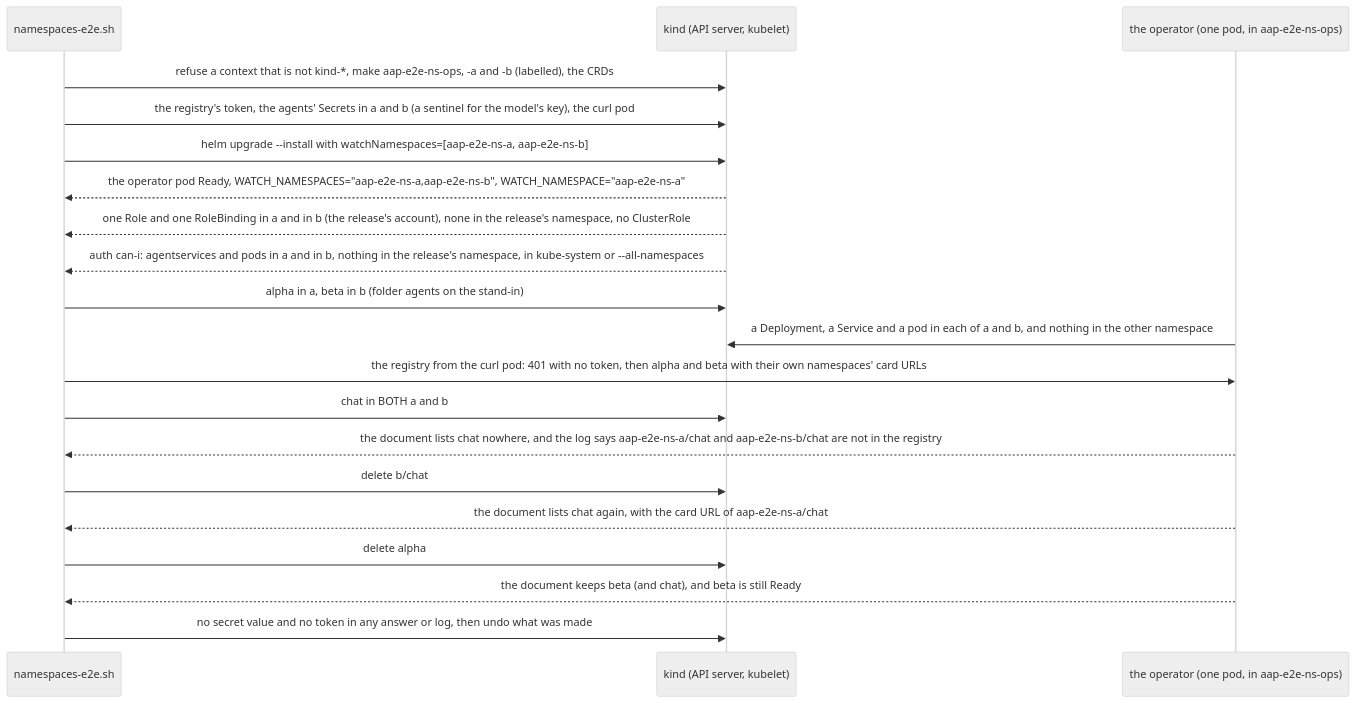
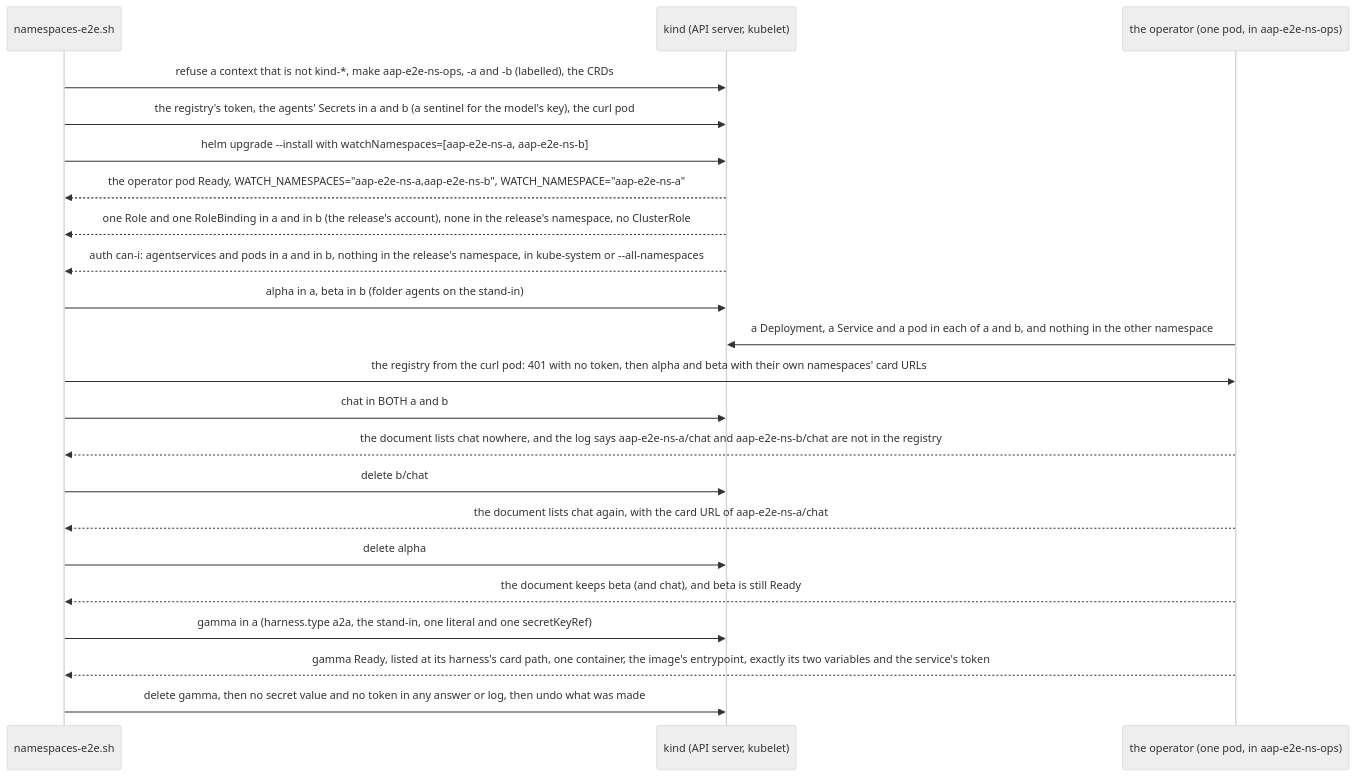
The ninth of 12 diagrams in deploy/operator/tests/e2e/README.md (vymalo/another-agentic-platform), drawn with Mermaid (neutral theme) before and after one commit. The commit also changed other lines of this file and 45 other files, not shown here.

````diff
--- a/deploy/operator/tests/e2e/README.md
+++ b/deploy/operator/tests/e2e/README.md
@@ -576,23 +579,25 @@
 ```mermaid
 sequenceDiagram
     participant J as namespaces-e2e.sh
     participant K as kind (API server, kubelet)
     participant O as the operator (one pod, in aap-e2e-ns-ops)
 
     J->>K: refuse a context that is not kind-*, make aap-e2e-ns-ops, -a and -b (labelled), the CRDs
     J->>K: the registry's token, the agents' Secrets in a and b (a sentinel for the model's key), the curl pod
     J->>K: helm upgrade --install with watchNamespaces=[aap-e2e-ns-a, aap-e2e-ns-b]
     K-->>J: the operator pod Ready, WATCH_NAMESPACES="aap-e2e-ns-a,aap-e2e-ns-b", WATCH_NAMESPACE="aap-e2e-ns-a"
     K-->>J: one Role and one RoleBinding in a and in b (the release's account), none in the release's namespace, no ClusterRole
     K-->>J: auth can-i: agentservices and pods in a and in b, nothing in the release's namespace, in kube-system or --all-namespaces
     J->>K: alpha in a, beta in b (folder agents on the stand-in)
     O->>K: a Deployment, a Service and a pod in each of a and b, and nothing in the other namespace
     J->>O: the registry from the curl pod: 401 with no token, then alpha and beta with their own namespaces' card URLs
     J->>K: chat in BOTH a and b
     O-->>J: the document lists chat nowhere, and the log says aap-e2e-ns-a/chat and aap-e2e-ns-b/chat are not in the registry
     J->>K: delete b/chat
     O-->>J: the document lists chat again, with the card URL of aap-e2e-ns-a/chat
     J->>K: delete alpha
     O-->>J: the document keeps beta (and chat), and beta is still Ready
-    J->>K: no secret value and no token in any answer or log, then undo what was made
+    J->>K: gamma in a (harness.type a2a, the stand-in, one literal and one secretKeyRef)
+    O-->>J: gamma Ready, listed at its harness's card path, one container, the image's entrypoint, exactly its two variables and the service's token
+    J->>K: delete gamma, then no secret value and no token in any answer or log, then undo what was made
 ```
````
